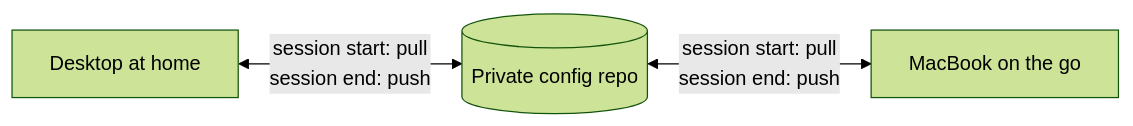
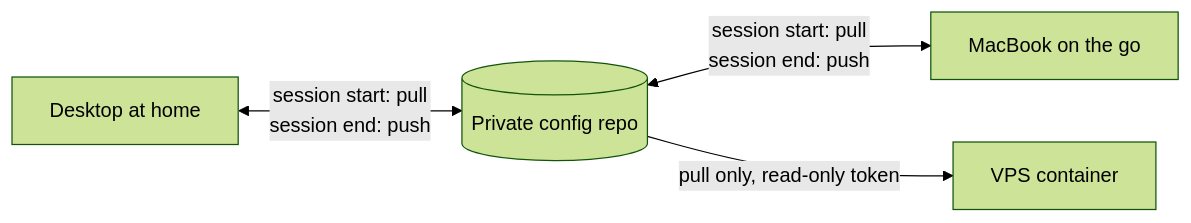
One commit to veqzo/claude-code-setup changed the second of 3 diagrams in README.md. Above: the diagram before and after it, drawn with Mermaid (forest theme). The commit also changed other lines of this file and 3 other files, not shown here.

````diff
--- a/README.md
+++ b/README.md
@@ -56,5 +105,6 @@
 ```mermaid
 flowchart LR
     D["Desktop at home"] <-->|"session start: pull<br/>session end: push"| R[("Private config repo")]
     R <-->|"session start: pull<br/>session end: push"| M["MacBook on the go"]
+    R -->|"pull only, read-only token"| V["VPS container"]
 ```
````
